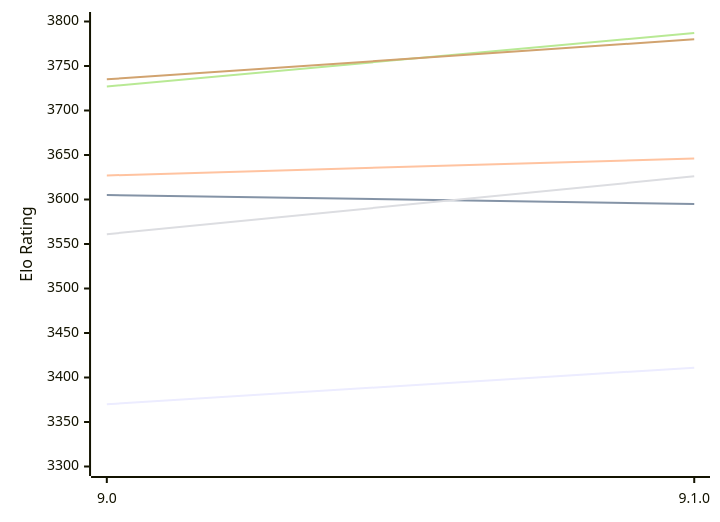
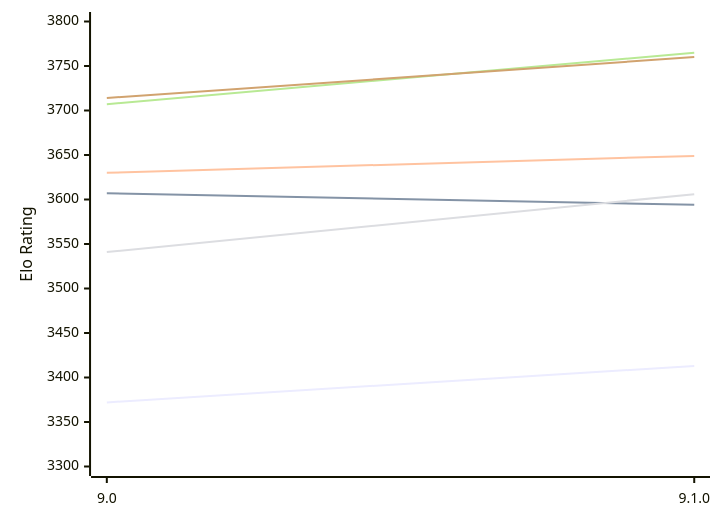
Before and after one commit to computer-chess-index/cci: the first of 2 diagrams in engines/Alexandria.md, drawn with Mermaid. The commit also changed other lines of this file, not shown here.

Commit message:
Update CCI Ratings (ELO VLTC) - 2026-10-18

````diff
--- a/engines/Alexandria.md
+++ b/engines/Alexandria.md
@@ -54,12 +54,12 @@
 ```mermaid
 %%{init: {"theme":"base","themeVariables":{"seriesColors:['#a3a3a3','#222221','#faa371']}}}%%
 xychart-beta
   x-axis ["9.0", "9.1.0"]
   y-axis "Elo Rating" 3300 --> 3800
-  line "E1: STC (8.0+0.08s)" [3370, 3411]
-  line "E1: LTC (60.0+0.60s)" [3605, 3595]
-  line "E1: VLTC (2m24s+1.12s)" [3627, 3646]
-  line "P1: STC (8.0+0.08s)" [3561, 3626]
-  line "P1: LTC (60.0+0.60s)" [3727, 3787]
-  line "P1: VLTC (2m24s+1.12s)" [3735, 3780]
+  line "E1: STC (8.0+0.08s)" [3372, 3413]
+  line "E1: LTC (60.0+0.60s)" [3607, 3594]
+  line "E1: VLTC (2m24s+1.12s)" [3630, 3649]
+  line "P1: STC (8.0+0.08s)" [3541, 3606]
+  line "P1: LTC (60.0+0.60s)" [3707, 3765]
+  line "P1: VLTC (2m24s+1.12s)" [3714, 3760]
 ```
````
